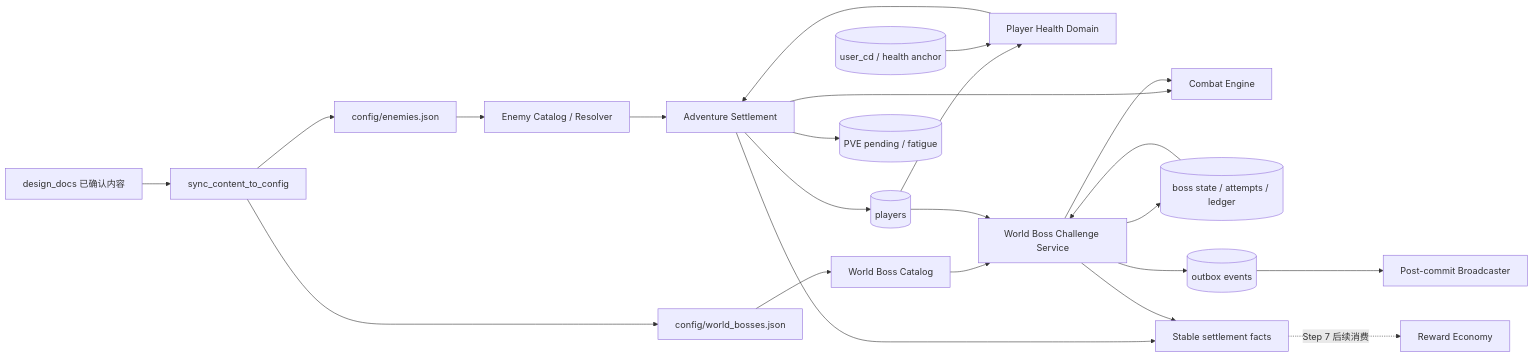
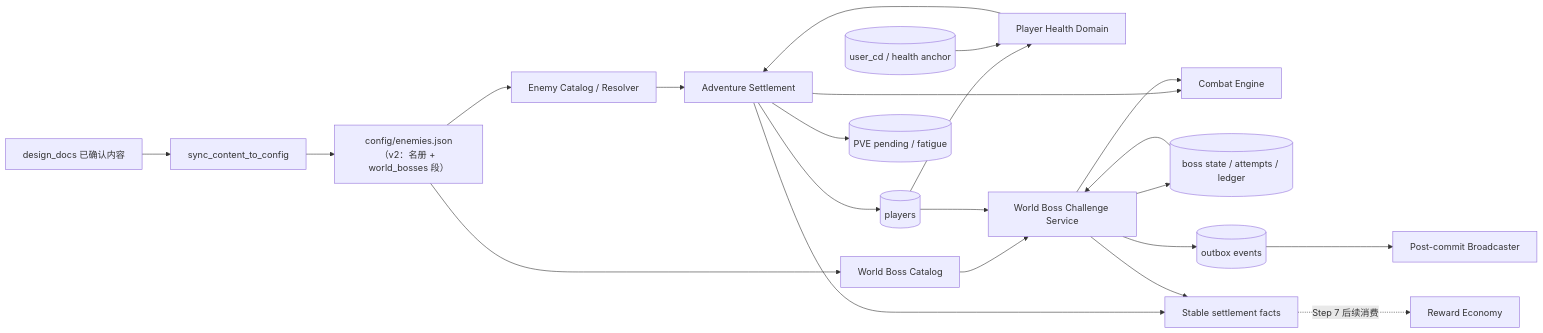
One commit to fanjinchi/astrbot_plugin_monixiuxian2_2 changed the first of 2 diagrams in .trellis/tasks/10-10-pve-enemy-world-boss-redesign/design.md. Above: the diagram before and after it, drawn with Mermaid. The commit also changed other lines of this file and 14 other files, not shown here.

````diff
--- a/.trellis/tasks/10-10-pve-enemy-world-boss-redesign/design.md
+++ b/.trellis/tasks/10-10-pve-enemy-world-boss-redesign/design.md
@@ -17,28 +17,27 @@
 ```mermaid
 flowchart LR
     D[design_docs 已确认内容] --> S[sync_content_to_config]
-    S --> C1[config/enemies.json]
-    S --> C2[config/world_bosses.json]
+    S --> C1[config/enemies.json（v2：名册 + world_bosses 段）]
     C1 --> ER[Enemy Catalog / Resolver]
-    C2 --> BR[World Boss Catalog]
+    C1 --> BR[World Boss Catalog]
 
     PDB[(players)] --> HP[Player Health Domain]
     CD[(user_cd / health anchor)] --> HP
     HP --> ADV[Adventure Settlement]
     ER --> ADV
     ADV --> CS[Combat Engine]
     ADV --> PDB
     ADV --> PS[(PVE pending / fatigue)]
 
     BR --> BS[World Boss Challenge Service]
     PDB --> BS
     BDB[(boss state / attempts / ledger)] --> BS
     BS --> CS
     BS --> BDB
     BS --> OE[(outbox events)]
     OE --> BW[Post-commit Broadcaster]
 
     ADV --> RF[Stable settlement facts]
     BS --> RF
     RF -. Step 7 后续消费 .-> RE[Reward Economy]
 ```
````
